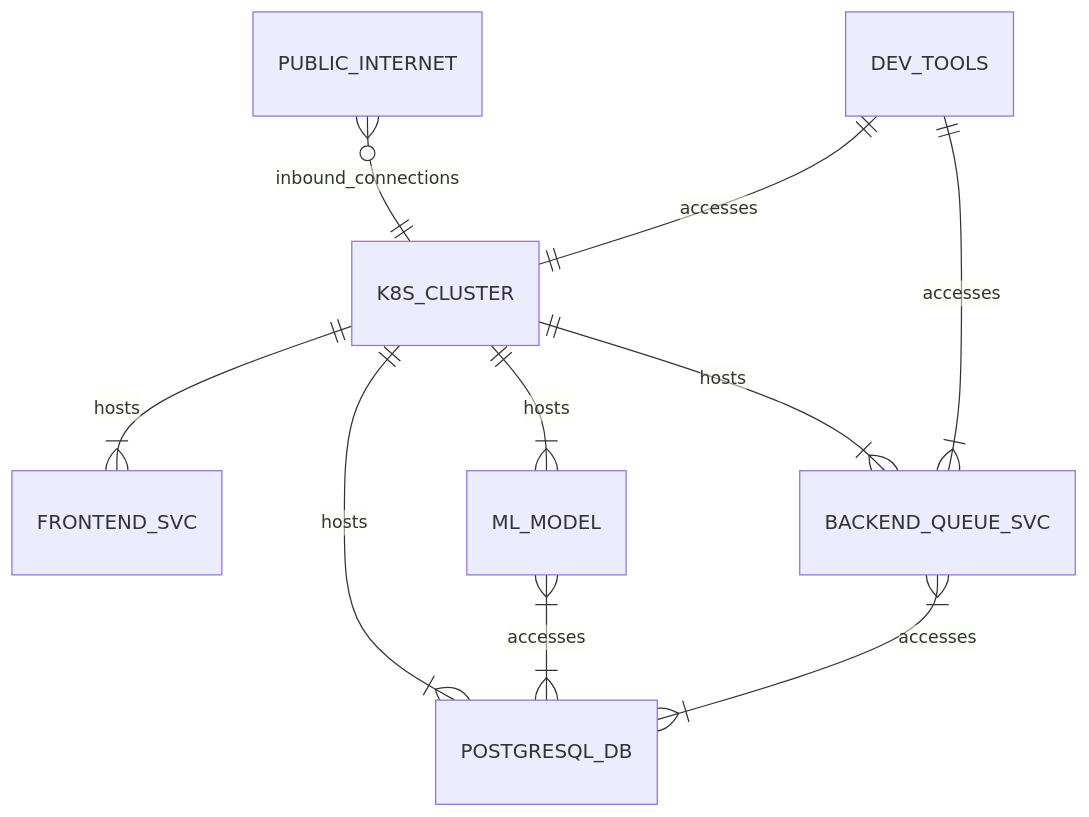
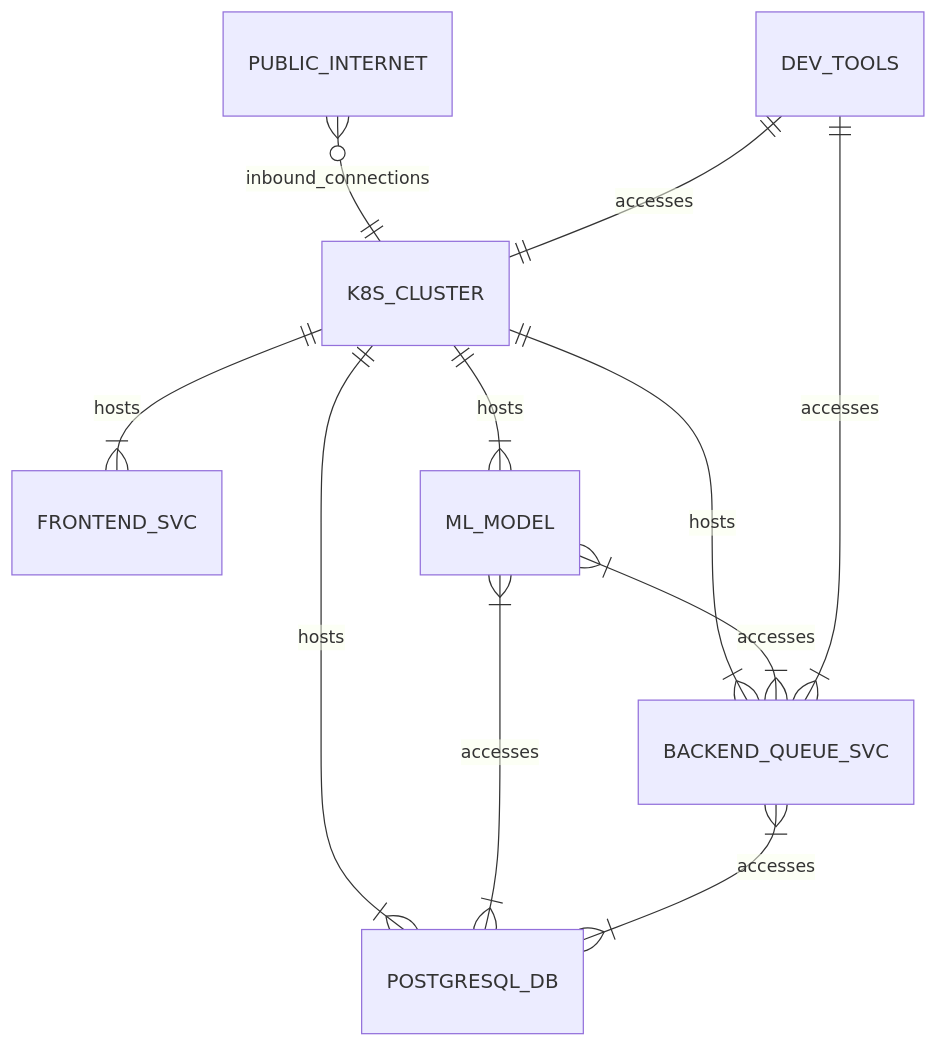
One commit to mxava/mcbroken-ml changed the first of 3 diagrams in architecture.md. Above: the diagram before and after it, drawn with Mermaid. The commit also changed other lines of this file, not shown here.

````diff
--- a/architecture.md
+++ b/architecture.md
@@ -6,12 +6,13 @@
 ```mermaid
 erDiagram
     PUBLIC_INTERNET }o--|| K8S_CLUSTER : inbound_connections
     K8S_CLUSTER ||--|{ FRONTEND_SVC : hosts
     K8S_CLUSTER ||--|{ ML_MODEL : hosts
     K8S_CLUSTER ||--|{ BACKEND_QUEUE_SVC : hosts
     K8S_CLUSTER ||--|{ POSTGRESQL_DB : hosts
     ML_MODEL }|--|{ POSTGRESQL_DB : accesses
+    ML_MODEL }|--|{ BACKEND_QUEUE_SVC : accesses
     BACKEND_QUEUE_SVC }|--|{ POSTGRESQL_DB : accesses
     DEV_TOOLS ||--|{ BACKEND_QUEUE_SVC : accesses
     DEV_TOOLS ||--|| K8S_CLUSTER : accesses
 ```
````
